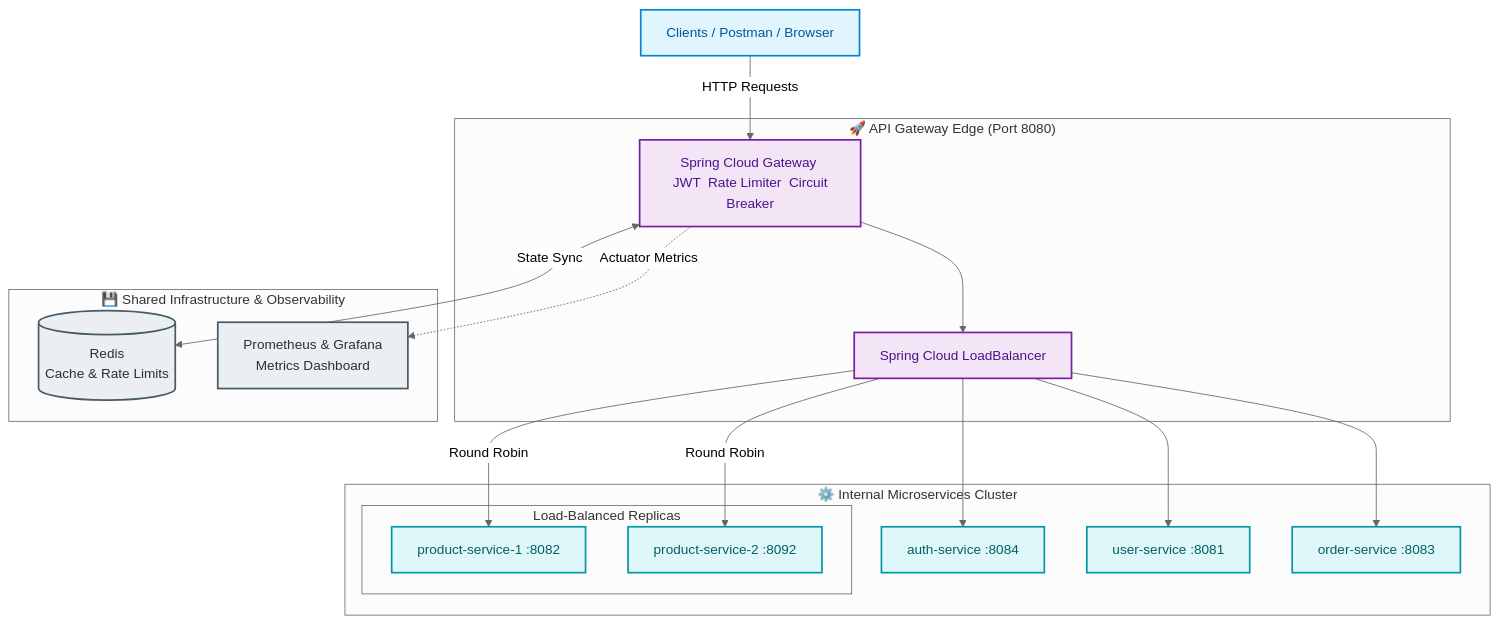
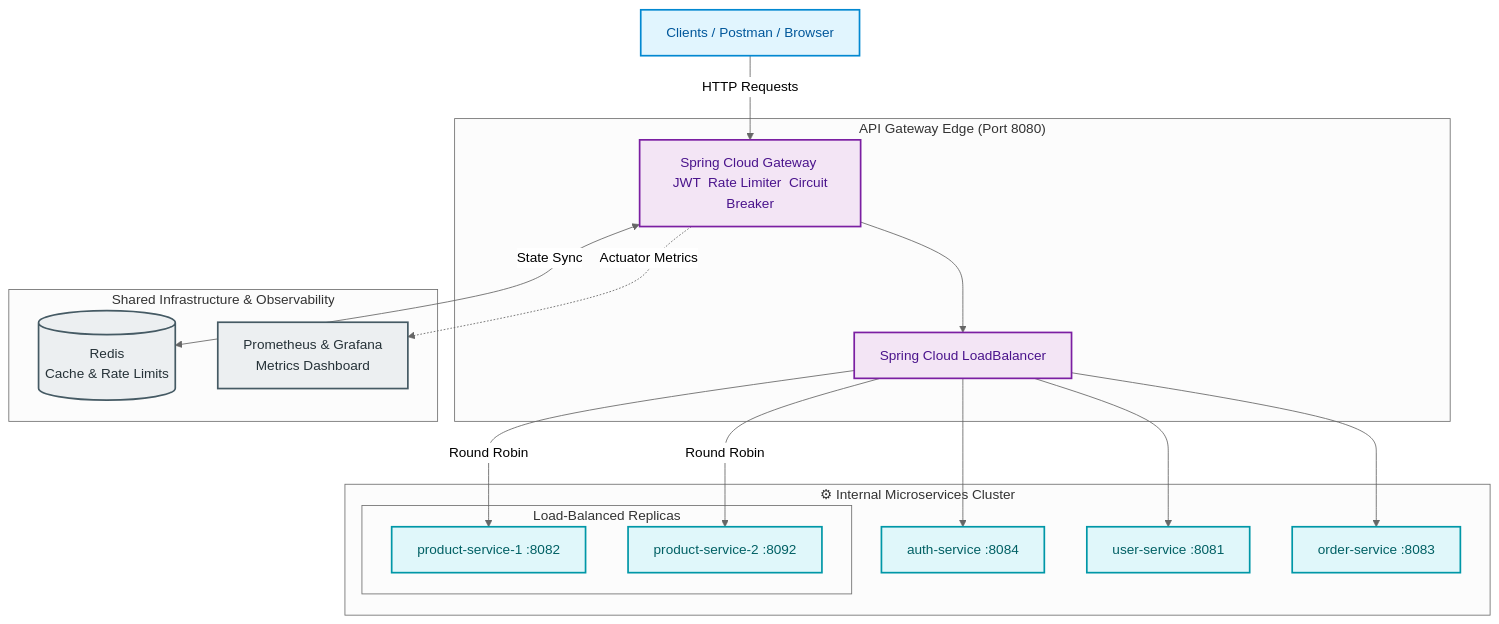
The diagram in README.md (omkhot/Smart-API-Gateway), drawn with Mermaid (neutral theme) before and after one commit. The commit also changed other lines of this file and 33 other files, not shown here.

````diff
--- a/README.md
+++ b/README.md
@@ -21,42 +15,41 @@
 ```mermaid
     graph TB
     %% Colors and Styles Configuration
         classDef client fill:#E1F5FE,stroke:#0288D1,stroke-width:2px,color:#01579B;
         classDef gateway fill:#F3E5F5,stroke:#7B1FA2,stroke-width:2px,color:#4A148C;
         classDef infra fill:#ECEFF1,stroke:#455A64,stroke-width:2px,color:#263238;
         classDef service fill:#E0F7FA,stroke:#0097A7,stroke-width:2px,color:#006064;
     
         Client[ Clients / Postman / Browser]:::client
     
-    subgraph Gateway_Tier ["🚀 API Gateway Edge (Port 8080)"]
+    subgraph Gateway_Tier [" API Gateway Edge (Port 8080)"]
     GW[Spring Cloud Gateway <br> JWT  Rate Limiter  Circuit Breaker]:::gateway
     LB[Spring Cloud LoadBalancer]:::gateway
     end
     
-    subgraph Infra_Tier ["💾 Shared Infrastructure & Observability"]
+    subgraph Infra_Tier [" Shared Infrastructure & Observability"]
     Redis[(Redis <br> Cache & Rate Limits)]:::infra
     Prometheus[Prometheus & Grafana <br> Metrics Dashboard]:::infra
     end
     
-    subgraph Microservices_Tier ["⚙️ Internal Microservices Cluster"]
+    subgraph Microservices_Tier ["⚙ Internal Microservices Cluster"]
     Auth[auth-service :8084]:::service
     User[user-service :8081]:::service
     Order[order-service :8083]:::service
     
     subgraph Product_Cluster ["Load-Balanced Replicas"]
     Prod1[product-service-1 :8082]:::service
     Prod2[product-service-2 :8092]:::service
     end
     end
     
     Client -->|HTTP Requests| GW
     GW <-->|State Sync| Redis
     GW -.->|Actuator Metrics| Prometheus
     GW --> LB
     
     LB --> Auth
     LB --> User
     LB --> Order
     LB -->|Round Robin| Prod1 & Prod2
-
 ```
````
